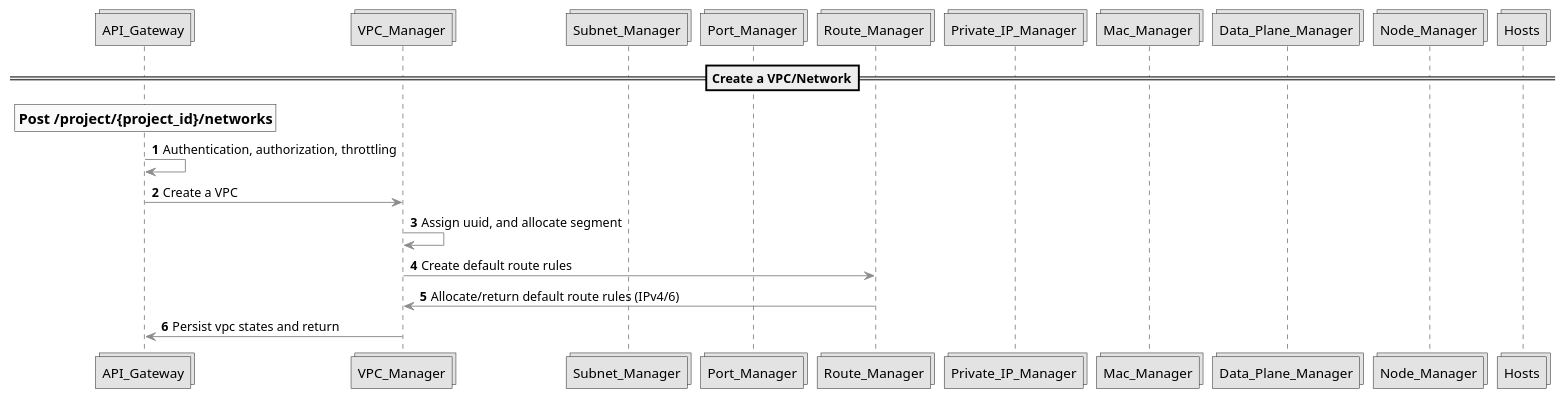
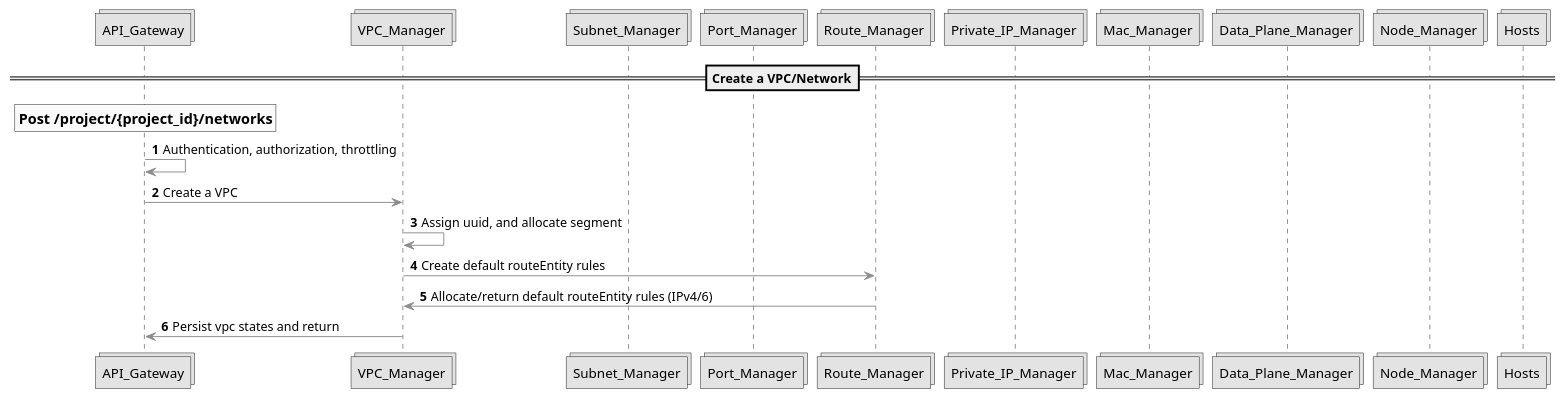
One commit to futurewei-cloud/alcor changed the diagram in docs/modules/ROOT/workflows/template.puml. Above: the diagram before and after it, drawn with PlantUML. The commit also changed 30 other files, not shown here.

```diff
--- a/docs/modules/ROOT/workflows/template.puml
+++ b/docs/modules/ROOT/workflows/template.puml
@@ -15,46 +15,46 @@
 @startuml
 
 skinparam sequence {
     ArrowColor DeepSkyBlue
     ActorBorderColor DeepSkyBlue
     LifeLineBorderColor blue
     LifeLineBackgroundColor #A9DCDF
 
     ActorBackgroundColor aqua
     ActorFontColor DeepSkyBlue
     ActorFontSize 17
     ActorFontName Aapex
 
     CollectionsBorderColor #ff0000
     CollectionsBackgroundColor DodgerBlue
 
     ParticipantBorderColor DeepSkyBlue
     ParticipantBackgroundColor DodgerBlue
     ParticipantFontName Impact
     ParticipantFontSize 17
     ParticipantFontColor #A9DCDF
 }
 
 skinparam monochrome true
 autonumber
 collections API_Gateway
 collections VPC_Manager
 collections Subnet_Manager
 collections Port_Manager
 collections Route_Manager
 collections Private_IP_Manager
 collections Mac_Manager
 collections Data_Plane_Manager
 collections Node_Manager
 collections Hosts
 
 ==Create a VPC/Network==
 rnote over API_Gateway: ==Post /project/{project_id}/networks
 API_Gateway -> API_Gateway: Authentication, authorization, throttling
 API_Gateway -> VPC_Manager: Create a VPC
 VPC_Manager -> VPC_Manager: Assign uuid, and allocate segment
-VPC_Manager -> Route_Manager: Create default route rules
-Route_Manager -> VPC_Manager: Allocate/return default route rules (IPv4/6)
+VPC_Manager -> Route_Manager: Create default routeEntity rules
+Route_Manager -> VPC_Manager: Allocate/return default routeEntity rules (IPv4/6)
 VPC_Manager -> API_Gateway: Persist vpc states and return
 
 @enduml
```
